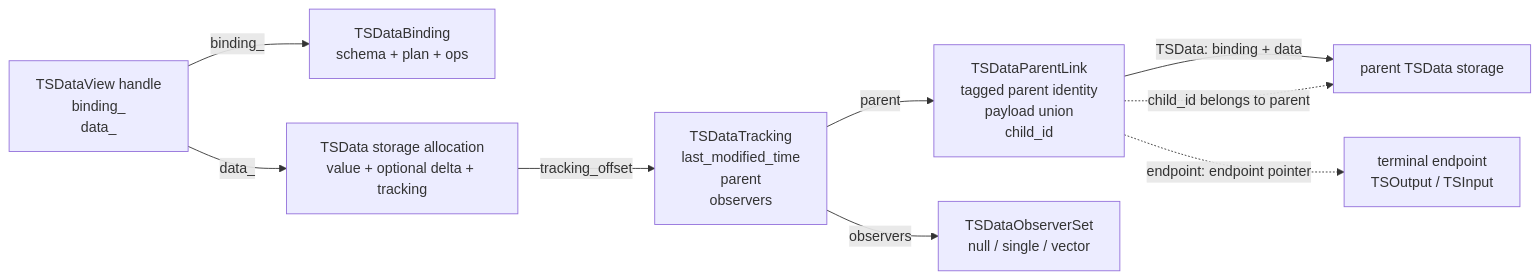
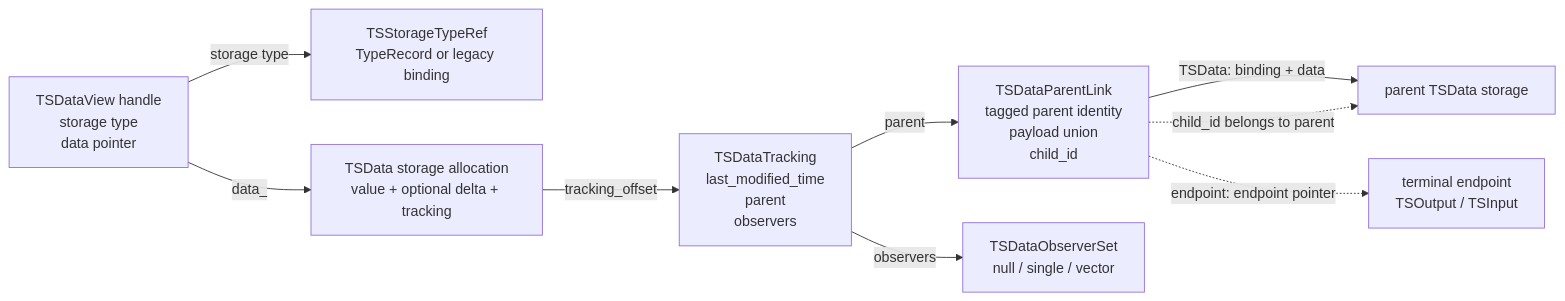
The seventh of 10 diagrams in docs/source/developer_guide/data_structures/plans_and_ops/time_series.rst (hhenson/hg_cpp), drawn with Mermaid before and after one commit. The commit also changed other lines of this file and 38 other files, not shown here.

```diff
--- a/docs/source/developer_guide/data_structures/plans_and_ops/time_series.rst
+++ b/docs/source/developer_guide/data_structures/plans_and_ops/time_series.rst
@@ -854,20 +891,20 @@
 .. mermaid::
 
    flowchart LR
-      View["TSDataView handle<br/>binding_<br/>data_"]
-      Binding["TSDataBinding<br/>schema + plan + ops"]
+      View["TSDataView handle<br/>storage type<br/>data pointer"]
+      Type["TSStorageTypeRef<br/>TypeRecord or legacy binding"]
       Data["TSData storage allocation<br/>value + optional delta + tracking"]
       Tracking["TSDataTracking<br/>last_modified_time<br/>parent<br/>observers"]
       Link["TSDataParentLink<br/>tagged parent identity<br/>payload union<br/>child_id"]
       Observers["TSDataObserverSet<br/>null / single / vector"]
       ParentData["parent TSData storage"]
       Endpoint["terminal endpoint<br/>TSOutput / TSInput"]
 
-      View -->|binding_| Binding
+      View -->|storage type| Type
       View -->|data_| Data
       Data -->|tracking_offset| Tracking
       Tracking -->|parent| Link
       Tracking -->|observers| Observers
       Link -->|TSData: binding + data| ParentData
       Link -.endpoint: endpoint pointer.-> Endpoint
       Link -.child_id belongs to parent.-> ParentData
```
